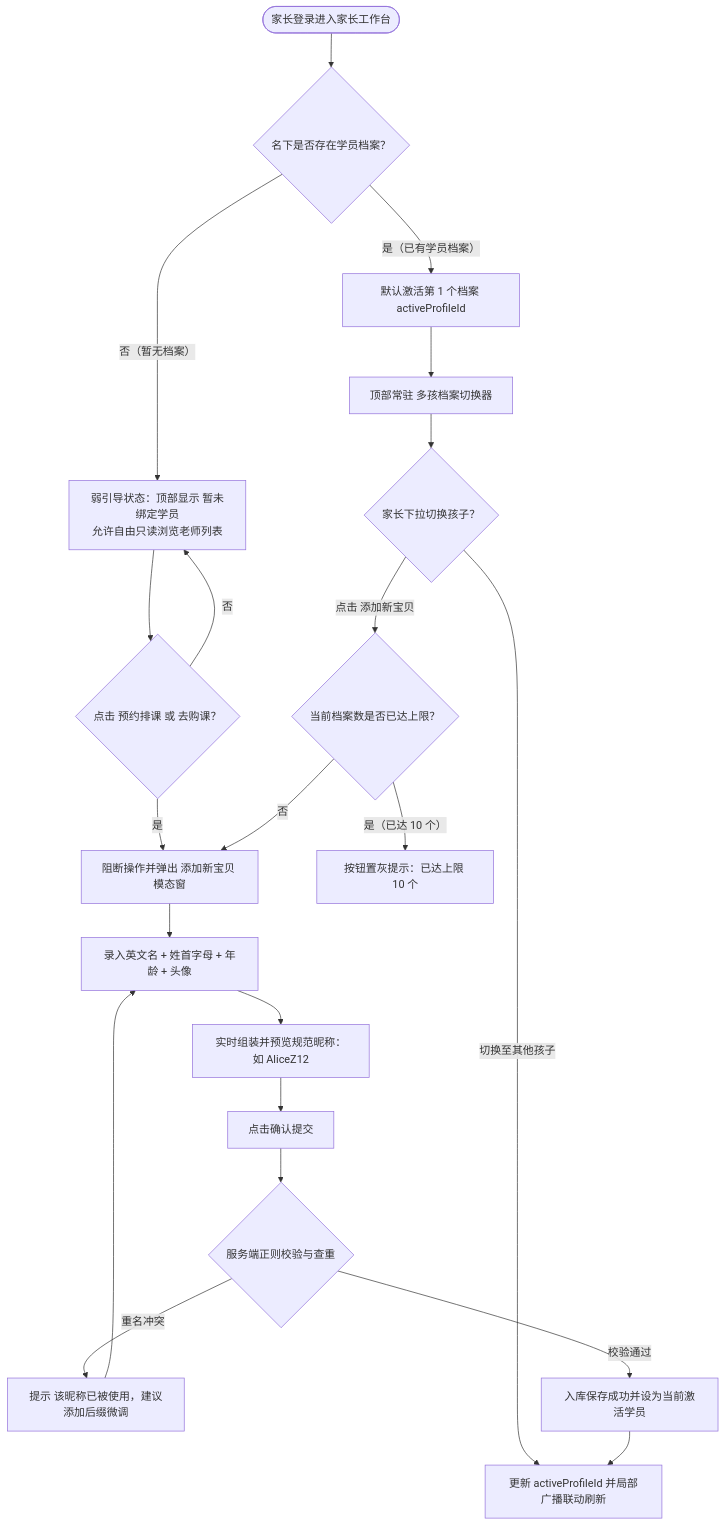
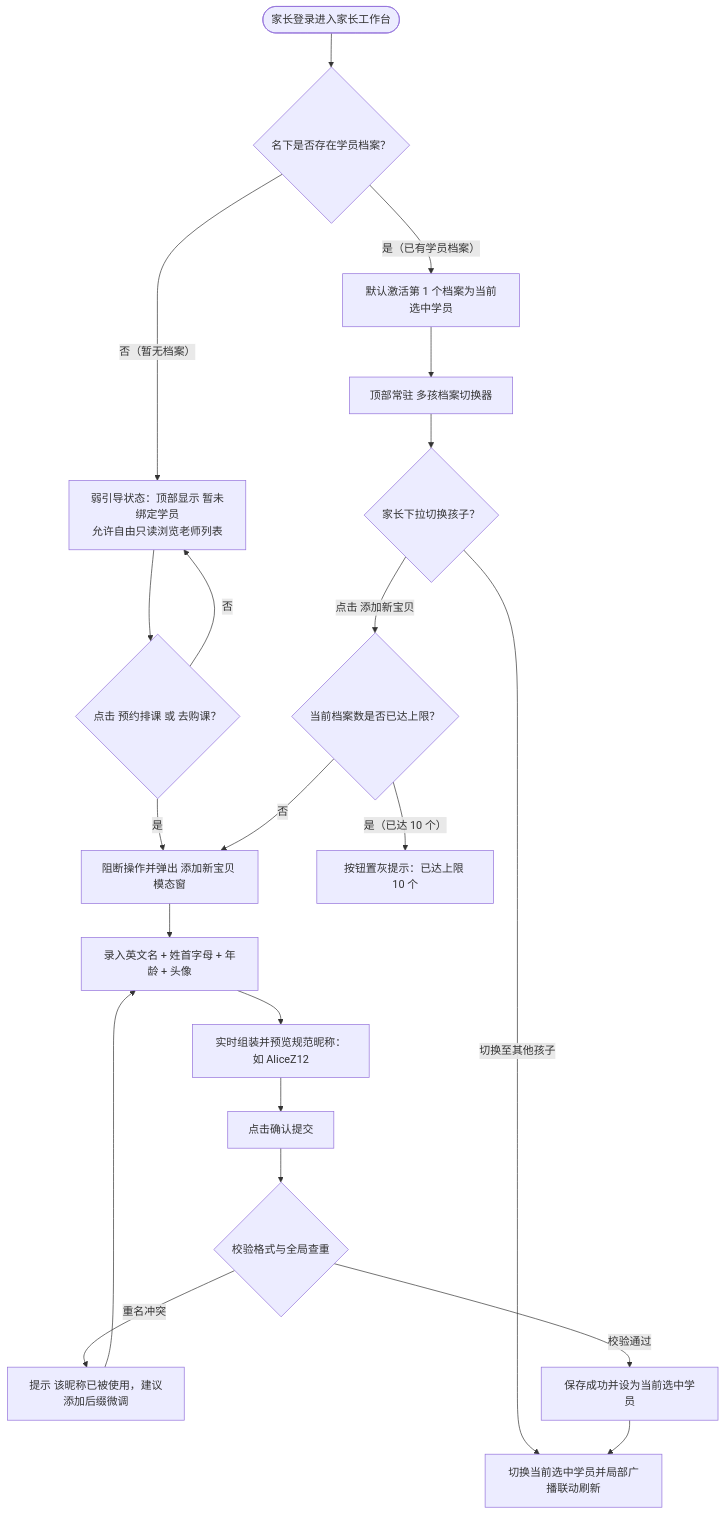
The first of 6 diagrams in docs/prd/m1a_student_profile.md (Onezao/dream), drawn with Mermaid before and after one commit. The commit also changed other lines of this file and 38 other files, not shown here.

````diff
--- a/docs/prd/m1a_student_profile.md
+++ b/docs/prd/m1a_student_profile.md
@@ -57,27 +57,27 @@
 ```mermaid
 flowchart TD
     Start(["家长登录进入家长工作台"]) --> CheckProfiles{"名下是否存在学员档案？"}
     
     CheckProfiles -->|"否（暂无档案）"| WeakGuide["弱引导状态：顶部显示 暂未绑定学员<br/>允许自由只读浏览老师列表"]
     WeakGuide --> ActionTrigger{"点击 预约排课 或 去购课？"}
     ActionTrigger -->|"否"| WeakGuide
     ActionTrigger -->|"是"| OpenCreateModal["阻断操作并弹出 添加新宝贝 模态窗"]
 
-    CheckProfiles -->|"是（已有学员档案）"| LoadDefault["默认激活第 1 个档案 activeProfileId"]
+    CheckProfiles -->|"是（已有学员档案）"| LoadDefault["默认激活第 1 个档案为当前选中学员"]
     LoadDefault --> RenderSwitcher["顶部常驻 多孩档案切换器"]
     RenderSwitcher --> SwitchClick{"家长下拉切换孩子？"}
-    SwitchClick -->|"切换至其他孩子"| BroadcastActive["更新 activeProfileId 并局部广播联动刷新"]
+    SwitchClick -->|"切换至其他孩子"| BroadcastActive["切换当前选中学员并局部广播联动刷新"]
     SwitchClick -->|"点击 添加新宝贝"| CheckLimit{"当前档案数是否已达上限？"}
     
     CheckLimit -->|"是（已达 10 个）"| DisableAdd["按钮置灰提示：已达上限 10 个"]
     CheckLimit -->|"否"| OpenCreateModal
 
     OpenCreateModal --> InputForm["录入英文名 + 姓首字母 + 年龄 + 头像"]
     InputForm --> LivePreview["实时组装并预览规范昵称：如 AliceZ12"]
     LivePreview --> SubmitCreate["点击确认提交"]
     
-    SubmitCreate --> ServerVerify{"服务端正则校验与查重"}
+    SubmitCreate --> ServerVerify{"校验格式与全局查重"}
     ServerVerify -->|"重名冲突"| ShowError["提示 该昵称已被使用，建议添加后缀微调"] --> InputForm
-    ServerVerify -->|"校验通过"| CreateSuccess["入库保存成功并设为当前激活学员"]
+    ServerVerify -->|"校验通过"| CreateSuccess["保存成功并设为当前选中学员"]
     CreateSuccess --> BroadcastActive
 ```
````
